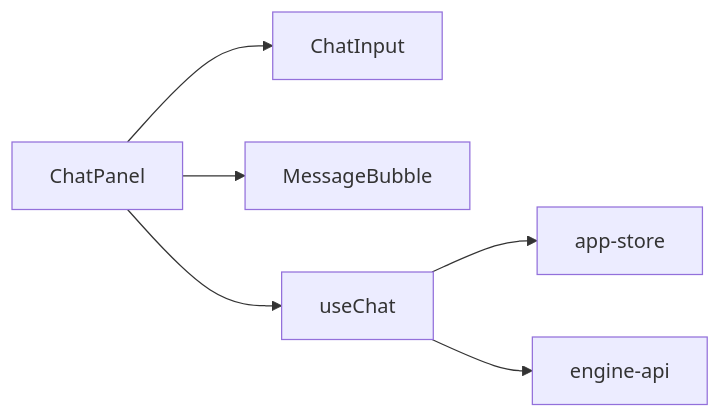
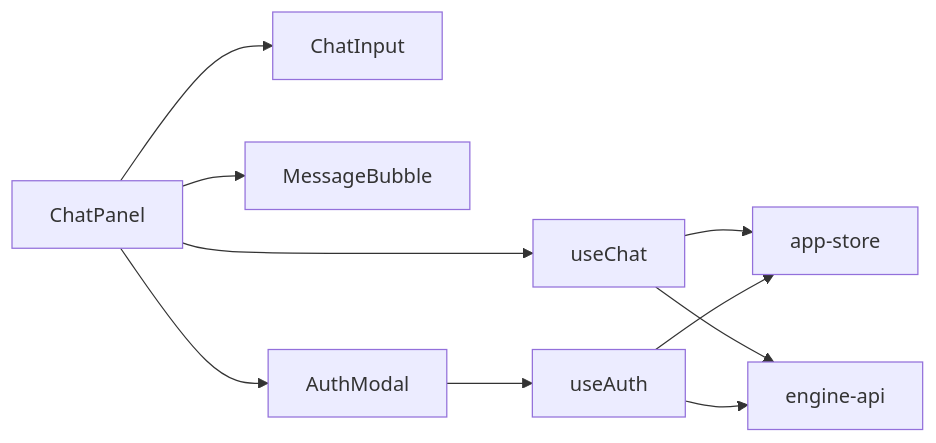
The seventh of 8 diagrams in .qoder/repowiki/zh/content/前端架构/状态管理.md (kkutysllb/KCoder), drawn with Mermaid before and after one commit. The commit also changed other lines of this file and 141 other files, not shown here.

````diff
--- a/.qoder/repowiki/zh/content/前端架构/状态管理.md
+++ b/.qoder/repowiki/zh/content/前端架构/状态管理.md
@@ -250,8 +354,12 @@
 ```mermaid
 graph LR
 Panel["ChatPanel"] --> Input["ChatInput"]
 Panel --> Bubble["MessageBubble"]
-Panel --> Hook["useChat"]
-Hook --> Store["app-store"]
-Hook --> API["engine-api"]
+Panel --> AuthModal["AuthModal"]
+Panel --> ChatHook["useChat"]
+AuthModal --> AuthHook["useAuth"]
+ChatHook --> Store["app-store"]
+AuthHook --> Store
+ChatHook --> API["engine-api"]
+AuthHook --> API
 ```
````
